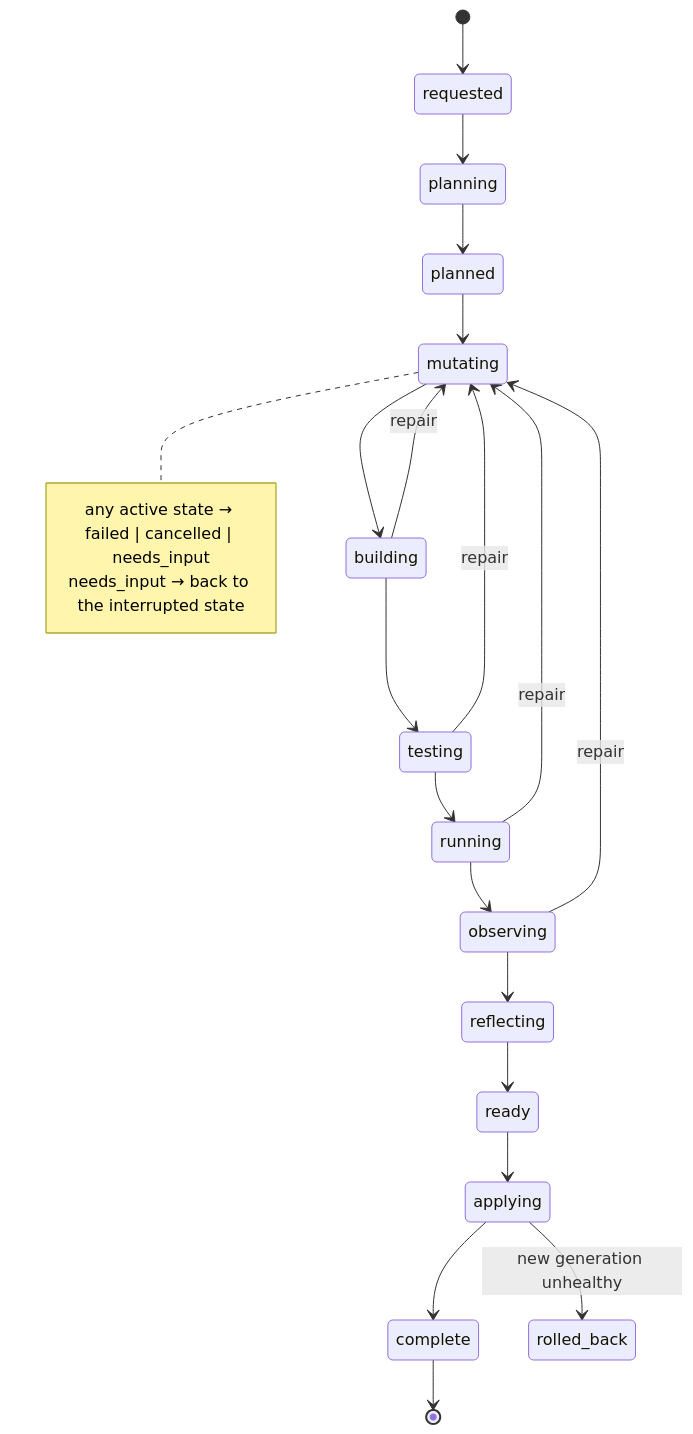
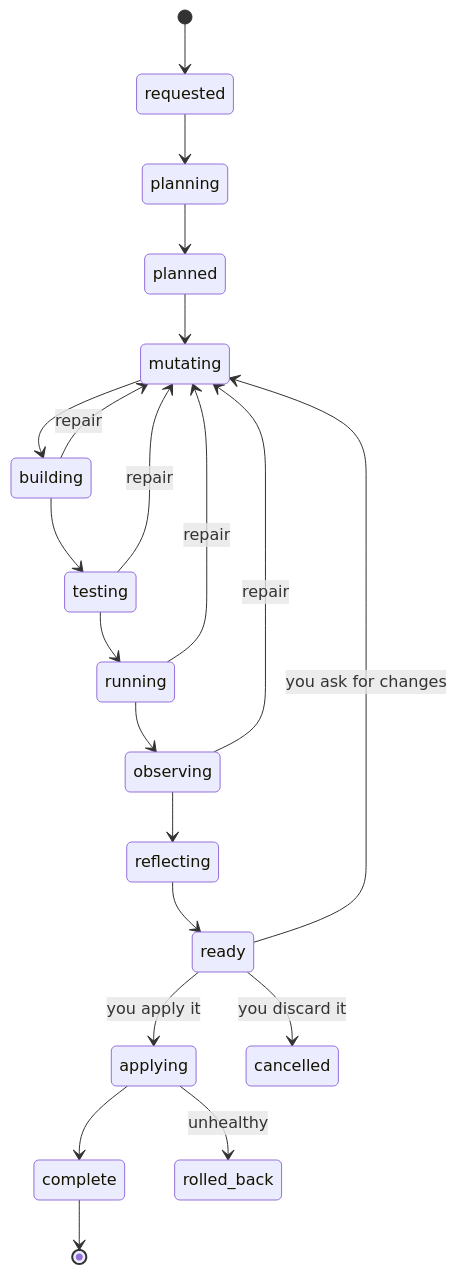
The diagram in docs/evolution.md (paezao/seed), drawn with Mermaid before and after one commit. The commit also changed other lines of this file and 4 other files, not shown here.

First line of the commit message:
Docs diagrams in the site's colours; images only from published releases

````diff
--- a/docs/evolution.md
+++ b/docs/evolution.md
@@ -8,25 +8,23 @@
 ```mermaid
 stateDiagram-v2
     [*] --> requested
     requested --> planning
     planning --> planned
     planned --> mutating
     mutating --> building
     building --> testing
     testing --> running
     running --> observing
     observing --> reflecting
     building --> mutating: repair
     testing --> mutating: repair
     running --> mutating: repair
     observing --> mutating: repair
     reflecting --> ready
-    ready --> applying
+    ready --> mutating: you ask for changes
+    ready --> applying: you apply it
+    ready --> cancelled: you discard it
     applying --> complete
-    applying --> rolled_back: new generation unhealthy
+    applying --> rolled_back: unhealthy
     complete --> [*]
-    note right of mutating
-        any active state → failed | cancelled | needs_input
-        needs_input → back to the interrupted state
-    end note
 ```
````
